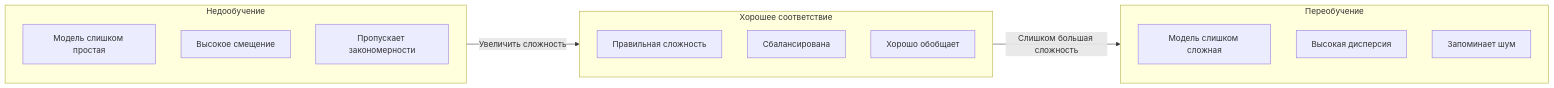
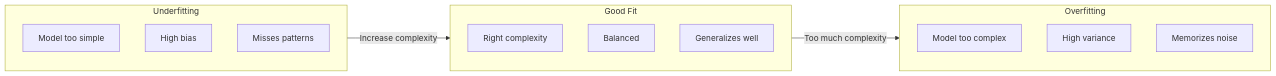
Before and after one commit to stabuev/ai-engineering-from-scratch: the fifth of 6 diagrams in phases/02-ml-fundamentals/01-what-is-machine-learning/docs/ru.md, drawn with Mermaid. The commit also changed other lines of this file and 182 other files, not shown here.

````diff
--- a/phases/02-ml-fundamentals/01-what-is-machine-learning/docs/ru.md
+++ b/phases/02-ml-fundamentals/01-what-is-machine-learning/docs/ru.md
@@ -183,23 +183,23 @@
 ```mermaid
 flowchart LR
-    subgraph UF["Недообучение"]
-        U1["Модель слишком простая"]
-        U2["Высокое смещение"]
-        U3["Пропускает закономерности"]
+    subgraph UF["Underfitting"]
+        U1["Model too simple"]
+        U2["High bias"]
+        U3["Misses patterns"]
     end
 
-    subgraph GF["Хорошее соответствие"]
-        G1["Правильная сложность"]
-        G2["Сбалансирована"]
-        G3["Хорошо обобщает"]
+    subgraph GF["Good Fit"]
+        G1["Right complexity"]
+        G2["Balanced"]
+        G3["Generalizes well"]
     end
 
-    subgraph OF["Переобучение"]
-        O1["Модель слишком сложная"]
-        O2["Высокая дисперсия"]
-        O3["Запоминает шум"]
+    subgraph OF["Overfitting"]
+        O1["Model too complex"]
+        O2["High variance"]
+        O3["Memorizes noise"]
     end
 
-    UF -->|Увеличить сложность| GF
-    GF -->|Слишком большая сложность| OF
+    UF -->|Increase complexity| GF
+    GF -->|Too much complexity| OF
 ```
````
